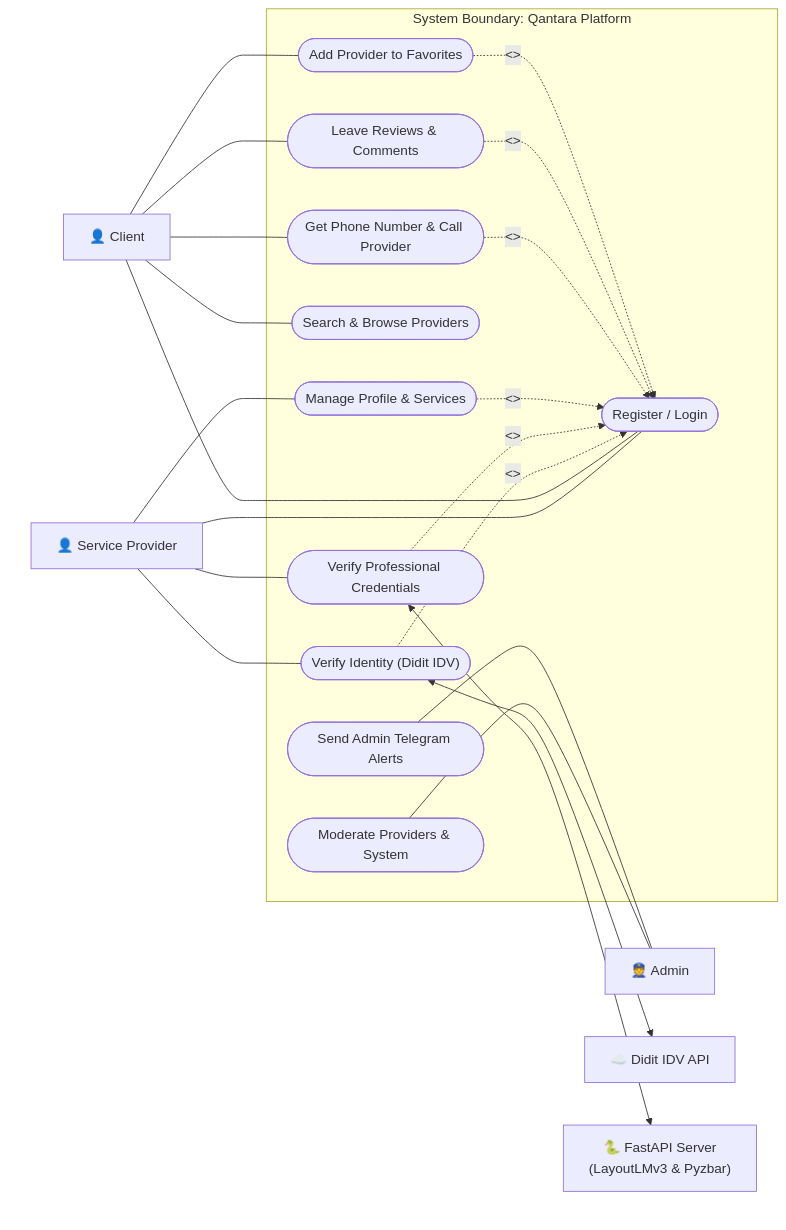
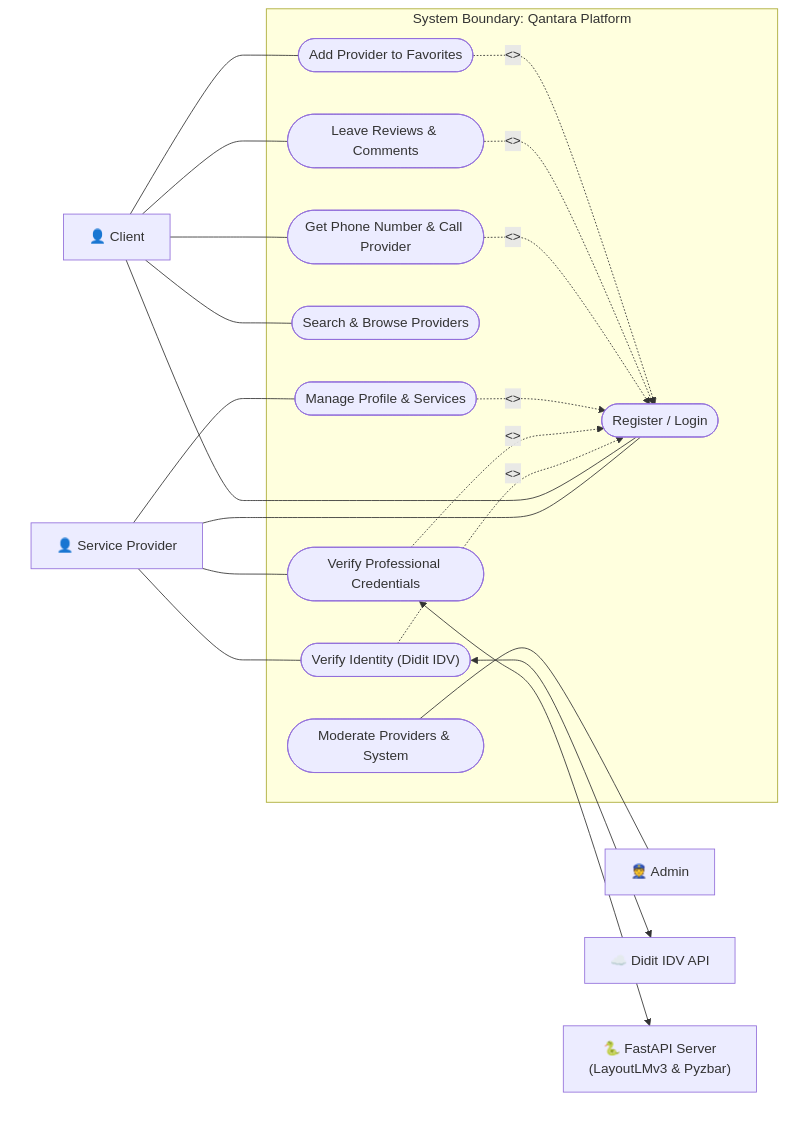
Before and after one commit to younnesse/qantara_local: the first of 5 diagrams in uml_diagrams.md, drawn with Mermaid.

Commit message:
docs: remove telegram alerts from use case diagram

````diff
--- a/uml_diagrams.md
+++ b/uml_diagrams.md
@@ -11,59 +11,57 @@
 ```mermaid
 flowchart LR
     %% Actors on the Left
     subgraph LeftActors [" "]
         style LeftActors fill:none,stroke:none
         Provider["👤 Service Provider"]
         Client["👤 Client"]
     end
 
     %% Actors on the Right
     subgraph RightActors [" "]
         style RightActors fill:none,stroke:none
         Admin["👮 Admin"]
         DiditAPI["☁️ Didit IDV API"]
         FastAPIServer["🐍 FastAPI Server<br>(LayoutLMv3 & Pyzbar)"]
     end
 
     %% System Boundary
     subgraph SystemBoundary ["System Boundary: Qantara Platform"]
         UC_Reg(["Register / Login"])
         UC_Profile(["Manage Profile & Services"])
         UC_Identity(["Verify Identity (Didit IDV)"])
         UC_Professional(["Verify Professional Credentials"])
         UC_Search(["Search & Browse Providers"])
         UC_Call(["Get Phone Number & Call Provider"])
         UC_Review(["Leave Reviews & Comments"])
         UC_Favorite(["Add Provider to Favorites"])
         UC_Manage(["Moderate Providers & System"])
-        UC_Telegram(["Send Admin Telegram Alerts"])
     end
 
     %% Connections (Left Actors)
     Provider --- UC_Reg
     Provider --- UC_Profile
     Provider --- UC_Identity
     Provider --- UC_Professional
 
     Client --- UC_Reg
     Client --- UC_Search
     Client --- UC_Call
     Client --- UC_Review
     Client --- UC_Favorite
 
     %% Connections (Right Actors)
     UC_Manage --- Admin
-    UC_Telegram --- Admin
 
     %% External System Connections
     UC_Identity <--> DiditAPI
     UC_Professional <--> FastAPIServer
 
     %% Use Case Relationships
     UC_Identity -.->|"<<include>>"| UC_Reg
     UC_Professional -.->|"<<include>>"| UC_Reg
     UC_Profile -.->|"<<include>>"| UC_Reg
     UC_Call -.->|"<<include>>"| UC_Reg
     UC_Review -.->|"<<include>>"| UC_Reg
     UC_Favorite -.->|"<<include>>"| UC_Reg
 ```
````
